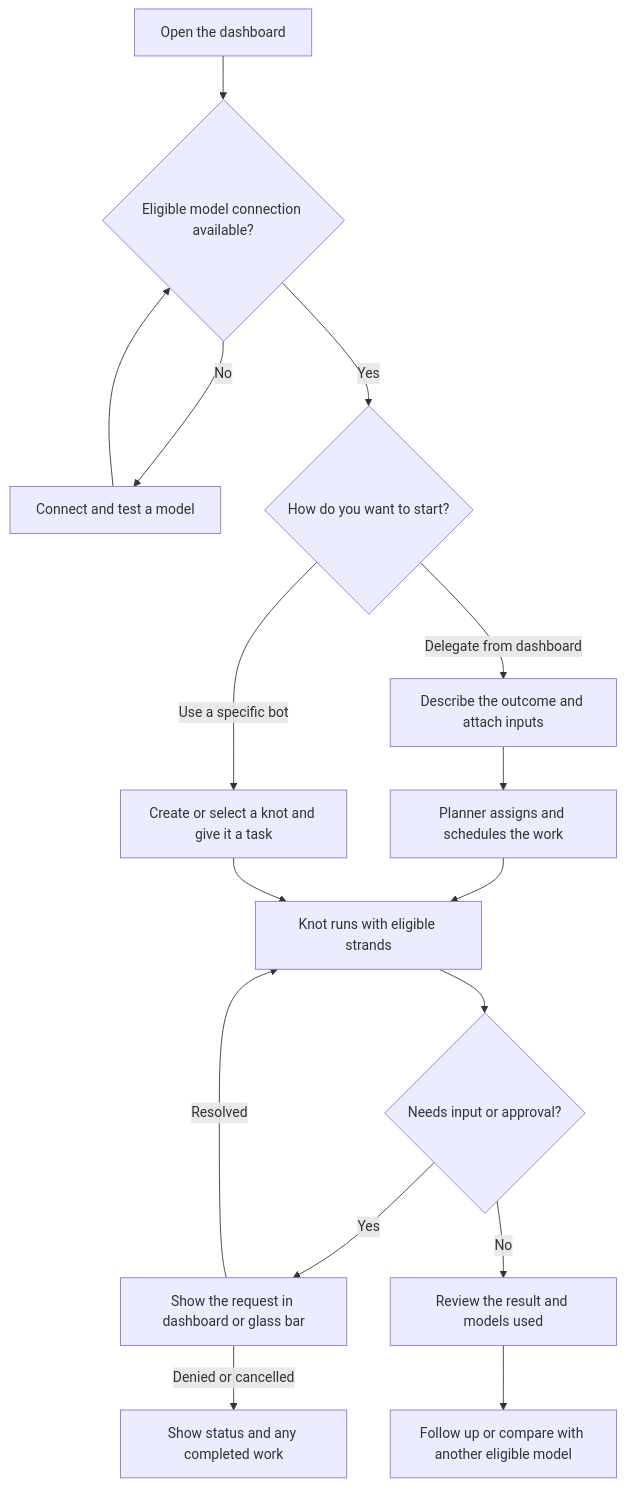
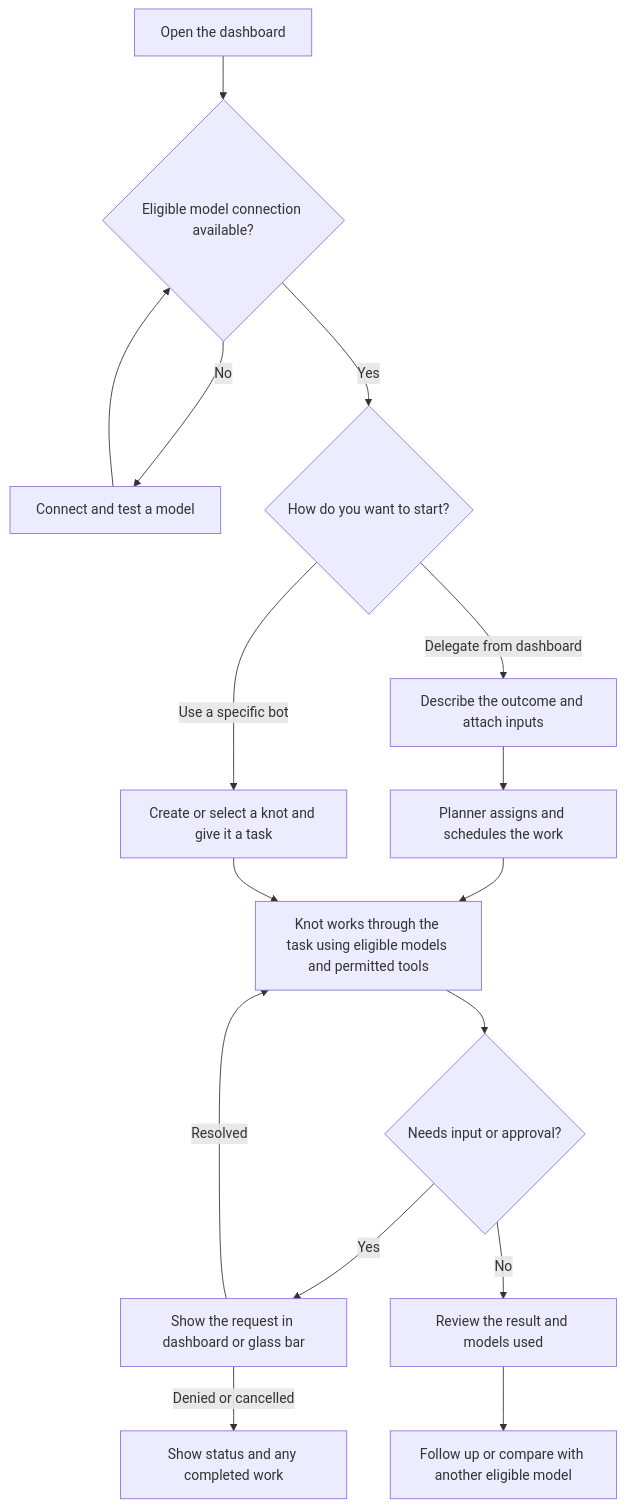
Before and after one commit to Pegasus2005/KNOTS: the second of 3 diagrams in KNOTS-Architecture.md, drawn with Mermaid. The commit also changed other lines of this file and 33 other files, not shown here.

````diff
--- a/KNOTS-Architecture.md
+++ b/KNOTS-Architecture.md
@@ -45,18 +45,18 @@
 ```mermaid
 flowchart TD
     Start["Open the dashboard"] --> Setup{"Eligible model connection available?"}
     Setup -->|"No"| Connect["Connect and test a model"]
     Connect --> Setup
     Setup -->|"Yes"| Entry{"How do you want to start?"}
     Entry -->|"Delegate from dashboard"| Delegate["Describe the outcome and attach inputs"]
     Entry -->|"Use a specific bot"| Pick["Create or select a knot and give it a task"]
     Delegate --> Plan["Planner assigns and schedules the work"]
-    Plan --> Work["Knot runs with eligible strands"]
+    Plan --> Work["Knot works through the task using eligible models and permitted tools"]
     Pick --> Work
     Work --> Block{"Needs input or approval?"}
     Block -->|"Yes"| Ask["Show the request in dashboard or glass bar"]
     Ask -->|"Resolved"| Work
     Ask -->|"Denied or cancelled"| Stopped["Show status and any completed work"]
     Block -->|"No"| Finish["Review the result and models used"]
     Finish --> Again["Follow up or compare with another eligible model"]
 ```
````
